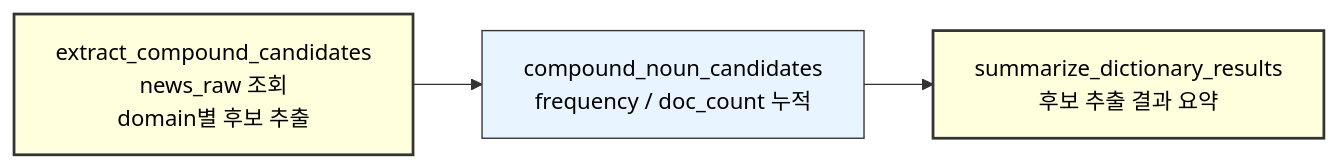
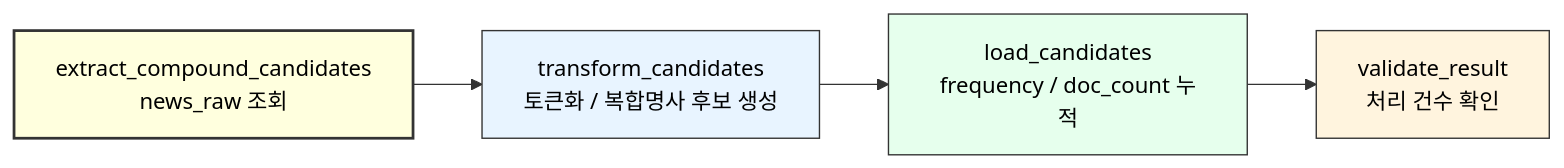
One commit to yeongmin-yu/news-trend-pipeline-dev changed the fourth of 6 diagrams in docs/develop/Q3_AIRFLOW_DAG.md. Above: the diagram before and after it, drawn with Mermaid. The commit also changed other lines of this file, not shown here.

````diff
--- a/docs/develop/Q3_AIRFLOW_DAG.md
+++ b/docs/develop/Q3_AIRFLOW_DAG.md
@@ -99,9 +293,11 @@
 ```mermaid
 flowchart LR
-    A["extract_compound_candidates<br/>news_raw 조회<br/>domain별 후보 추출"] --> B["compound_noun_candidates<br/>frequency / doc_count 누적"]
-    B --> C["summarize_dictionary_results<br/>후보 추출 결과 요약"]
+    A["extract_compound_candidates<br/>news_raw 조회"] --> B["transform_candidates<br/>토큰화 / 복합명사 후보 생성"]
+    B --> C["load_candidates<br/>frequency / doc_count 누적"]
+    C --> D["validate_result<br/>처리 건수 확인"]
 
     style A fill:#ffffde,stroke:#333,stroke-width:2px,color:black
     style B fill:#e8f4ff,stroke:#333,stroke-width:1px,color:black
-    style C fill:#ffffde,stroke:#333,stroke-width:2px,color:black
+    style C fill:#e6ffed,stroke:#333,stroke-width:1px,color:black
+    style D fill:#fff4de,stroke:#333,stroke-width:1px,color:black
 ```
````
